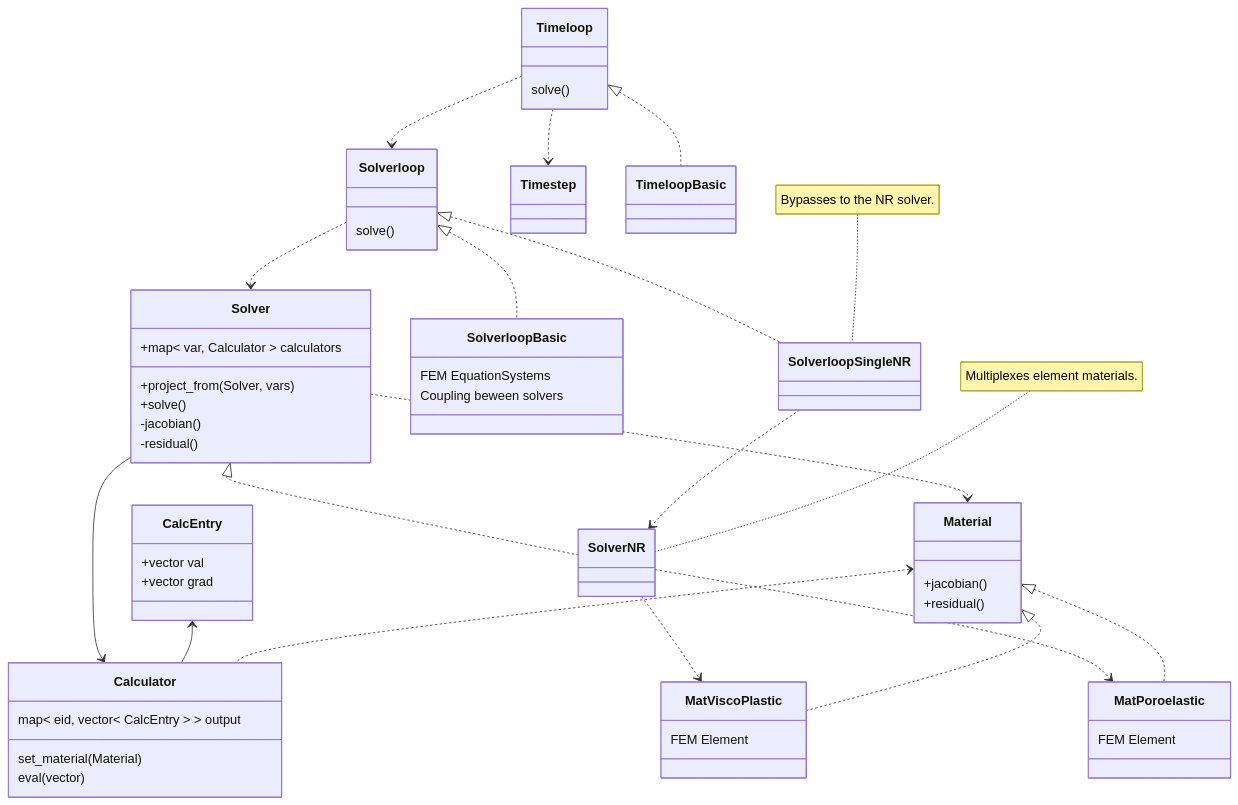
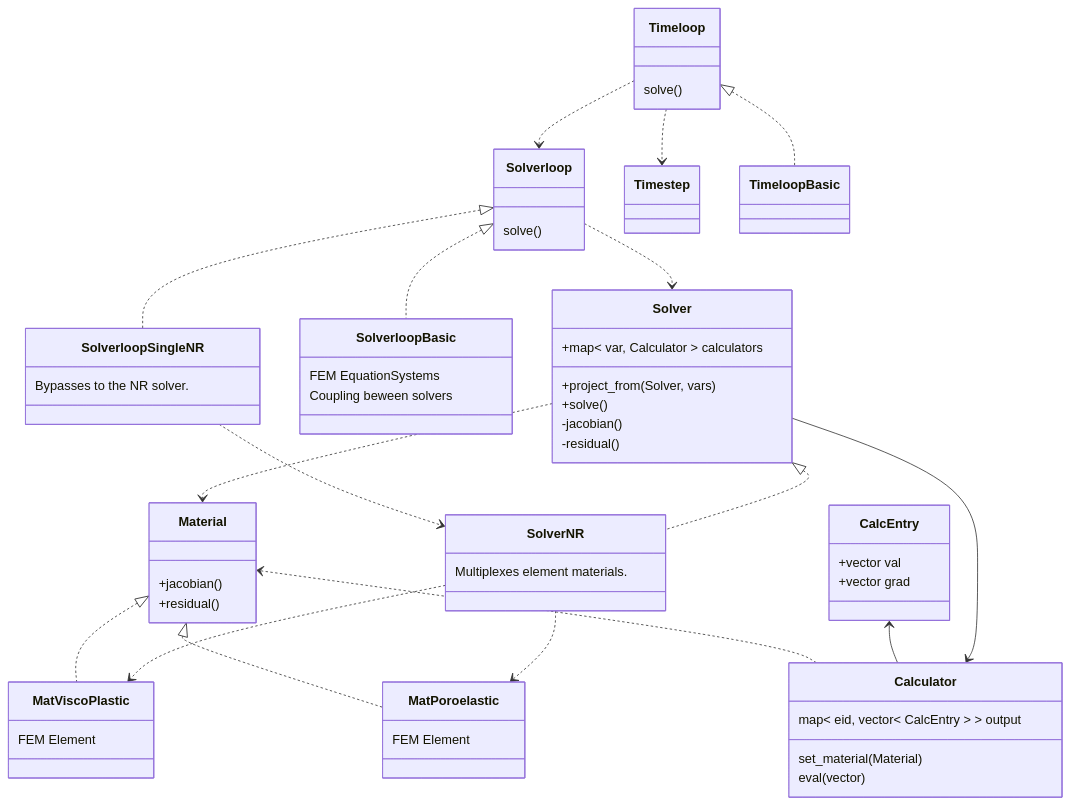
Before and after one commit to rebpoli/harpy: the diagram in include/README.md, drawn with Mermaid.

```diff
--- a/include/README.md
+++ b/include/README.md
@@ -64,11 +64,13 @@
 
     class MatPoroelastic { FEM Element }
 
+    class SolverloopSingleNR { Bypasses to the NR solver. } 
+    class SolverNR { Multiplexes element materials. }
+
 %% Dependencies
     Timeloop ..> Timestep
     Timeloop ..> Solverloop
 
-    note for SolverloopSingleNR "Bypasses to the NR solver."
     SolverloopSingleNR ..> SolverNR
 
 %% Interfaces << implementations
@@ -77,7 +79,6 @@
     Material <|.. MatViscoPlastic
     Solverloop <|.. SolverloopSingleNR
     Solver <|.. SolverNR
-    note for SolverNR "Multiplexes element materials."
 
     Solverloop ..> Solver
     Solver..> Material
```
